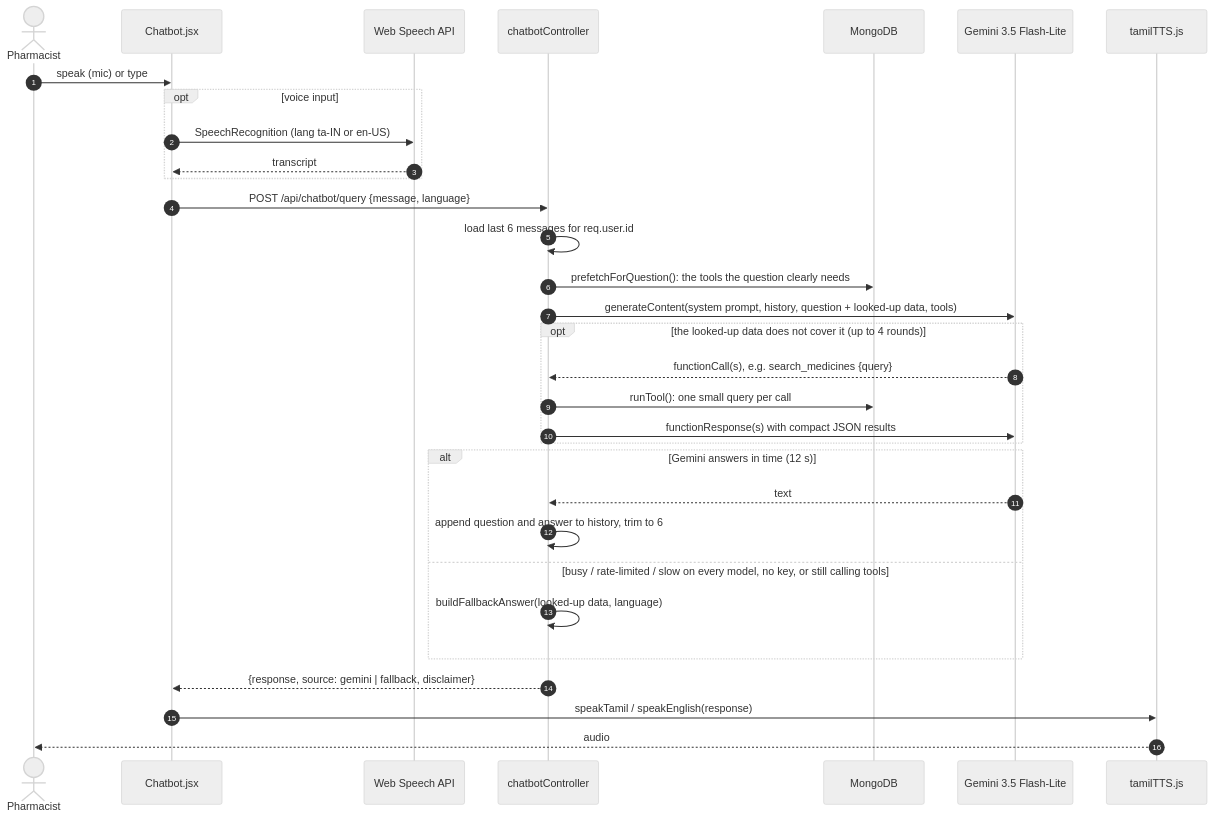
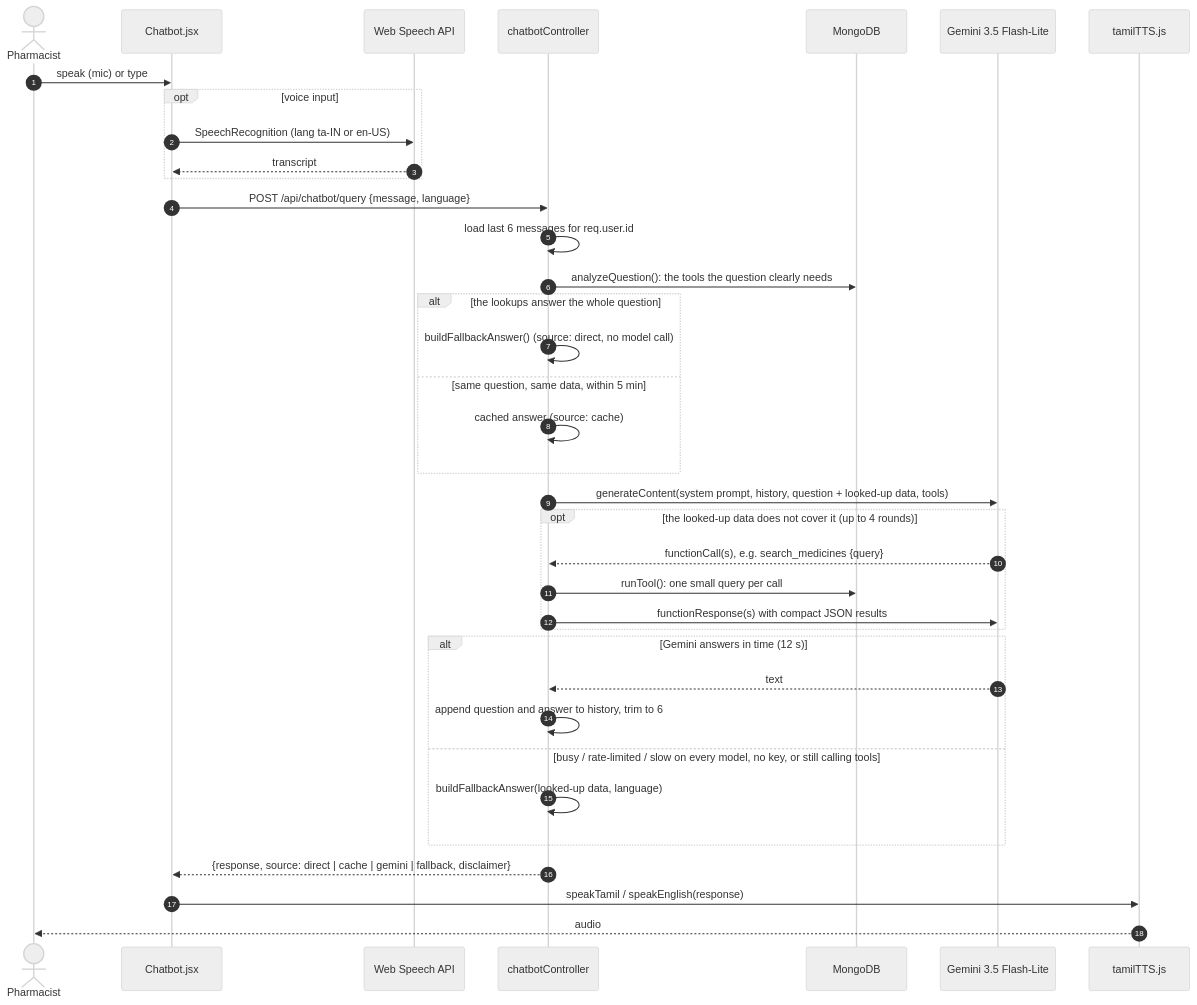
Before and after one commit to USER1043/MediStock_AI: the diagram in docs/chatbot.md, drawn with Mermaid (neutral theme). The commit also changed other lines of this file and 8 other files, not shown here.

First line of the commit message:
perf(chatbot): spend free-tier Gemini requests only where the model is needed

````diff
--- a/docs/chatbot.md
+++ b/docs/chatbot.md
@@ -9,35 +9,40 @@
 ```mermaid
 sequenceDiagram
     autonumber
     actor U as Pharmacist
     participant W as Chatbot.jsx
     participant STT as Web Speech API
     participant API as chatbotController
     participant DB as MongoDB
     participant G as Gemini 3.5 Flash-Lite
     participant TTS as tamilTTS.js
 
     U->>W: speak (mic) or type
     opt voice input
         W->>STT: SpeechRecognition (lang ta-IN or en-US)
         STT-->>W: transcript
     end
     W->>API: POST /api/chatbot/query {message, language}
     API->>API: load last 6 messages for req.user.id
-    API->>DB: prefetchForQuestion(): the tools the question clearly needs
+    API->>DB: analyzeQuestion(): the tools the question clearly needs
+    alt the lookups answer the whole question
+        API->>API: buildFallbackAnswer() (source: direct, no model call)
+    else same question, same data, within 5 min
+        API->>API: cached answer (source: cache)
+    end
     API->>G: generateContent(system prompt, history, question + looked-up data, tools)
     opt the looked-up data does not cover it (up to 4 rounds)
         G-->>API: functionCall(s), e.g. search_medicines {query}
         API->>DB: runTool(): one small query per call
         API->>G: functionResponse(s) with compact JSON results
     end
     alt Gemini answers in time (12 s)
         G-->>API: text
         API->>API: append question and answer to history, trim to 6
     else busy / rate-limited / slow on every model, no key, or still calling tools
         API->>API: buildFallbackAnswer(looked-up data, language)
     end
-    API-->>W: {response, source: gemini | fallback, disclaimer}
+    API-->>W: {response, source: direct | cache | gemini | fallback, disclaimer}
     W->>TTS: speakTamil / speakEnglish(response)
     TTS-->>U: audio
 ```
````
